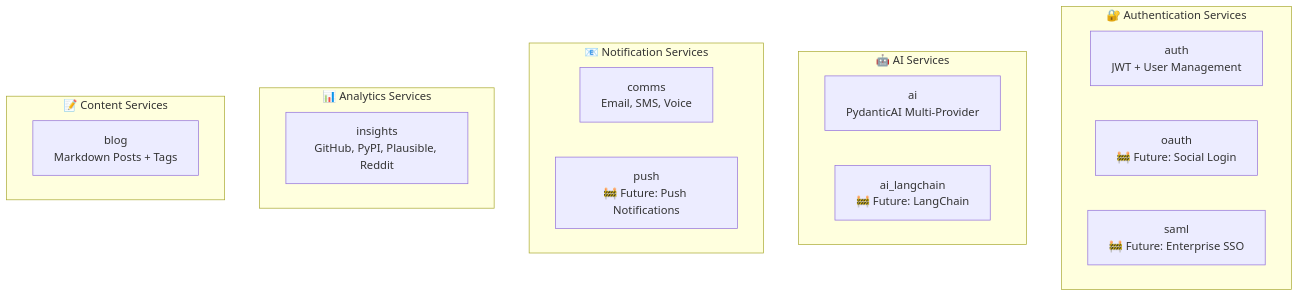
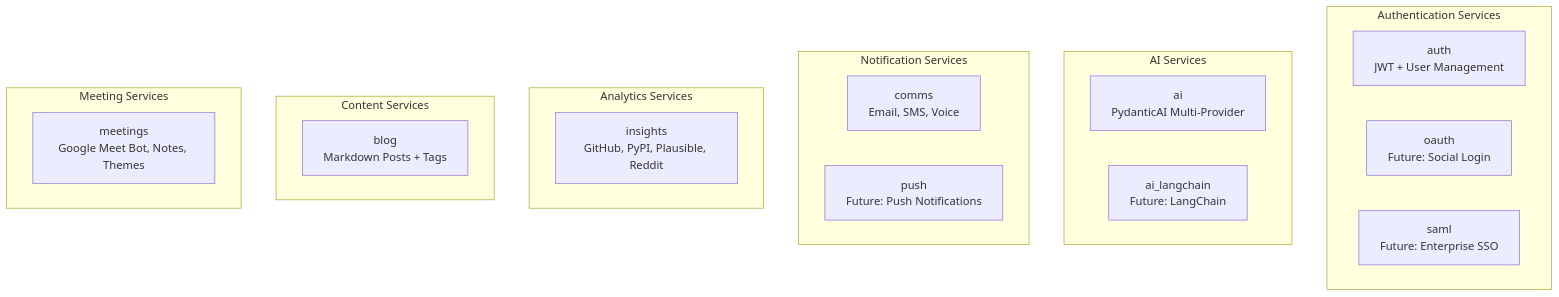
One commit to lbedner/aegis-stack changed the third of 4 diagrams in docs/services/index.md. Above: the diagram before and after it, drawn with Mermaid. The commit also changed other lines of this file and 22 other files, not shown here.

````diff
--- a/docs/services/index.md
+++ b/docs/services/index.md
@@ -110,27 +115,31 @@
 ```mermaid
 graph TB
-    subgraph "🔐 Authentication Services"
+    subgraph "Authentication Services"
         AuthJWT["auth<br/>JWT + User Management"]
-        AuthOAuth["oauth<br/>🚧 Future: Social Login"]
-        AuthSAML["saml<br/>🚧 Future: Enterprise SSO"]
+        AuthOAuth["oauth<br/>Future: Social Login"]
+        AuthSAML["saml<br/>Future: Enterprise SSO"]
     end
 
-    subgraph "🤖 AI Services"
+    subgraph "AI Services"
         AIPydantic["ai<br/>PydanticAI Multi-Provider"]
-        AILangChain["ai_langchain<br/>🚧 Future: LangChain"]
+        AILangChain["ai_langchain<br/>Future: LangChain"]
     end
 
-    subgraph "📧 Notification Services"
+    subgraph "Notification Services"
         CommsService["comms<br/>Email, SMS, Voice"]
-        Push["push<br/>🚧 Future: Push Notifications"]
+        Push["push<br/>Future: Push Notifications"]
     end
 
-    subgraph "📊 Analytics Services"
+    subgraph "Analytics Services"
         InsightsService["insights<br/>GitHub, PyPI, Plausible, Reddit"]
     end
 
-    subgraph "📝 Content Services"
+    subgraph "Content Services"
         BlogService["blog<br/>Markdown Posts + Tags"]
     end
 
+    subgraph "Meeting Services"
+        MeetingsService["meetings<br/>Google Meet Bot, Notes, Themes"]
+    end
+
 ```
````
